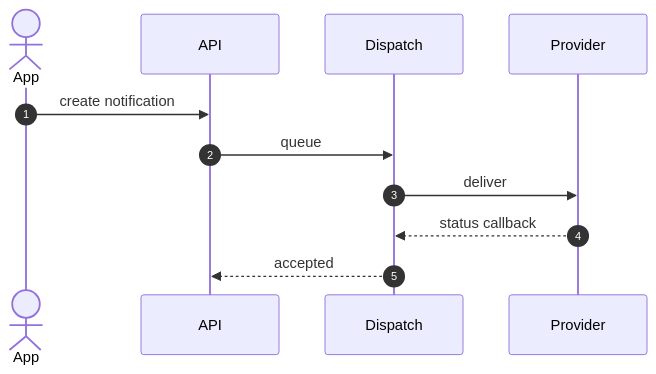
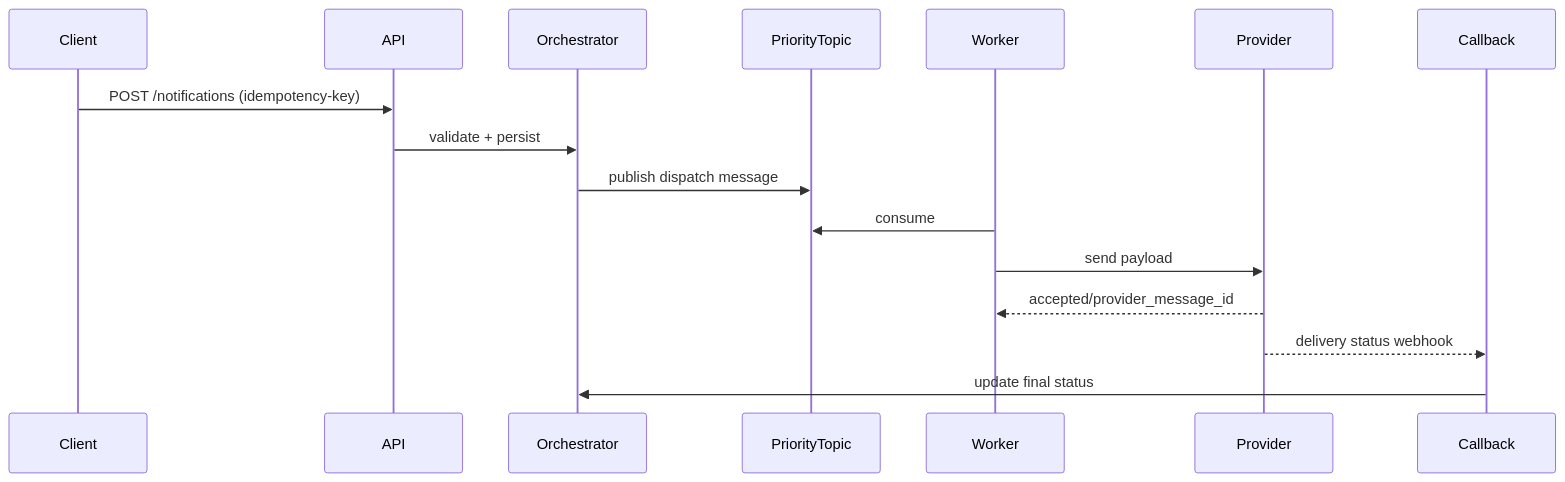
One commit to 0Ankit0/Project-Ideas changed the diagram in Messaging and Notification Platform/high-level-design/system-sequence-diagrams.md. Above: the diagram before and after it, drawn with Mermaid. The commit also changed other lines of this file and 37 other files, not shown here.

Commit message:
Make messaging docs implementation-ready with detailed diagrams and runbooks

````diff
--- a/Messaging and Notification Platform/high-level-design/system-sequence-diagrams.md
+++ b/Messaging and Notification Platform/high-level-design/system-sequence-diagrams.md
@@ -3,13 +10,18 @@
 ```mermaid
 sequenceDiagram
-  autonumber
-  actor App
+  participant Client
   participant API
-  participant Dispatch
+  participant Orchestrator
+  participant Topic as PriorityTopic
+  participant Worker
   participant Provider
-  App->>API: create notification
-  API->>Dispatch: queue
-  Dispatch->>Provider: deliver
-  Provider-->>Dispatch: status callback
-  Dispatch-->>API: accepted
+  participant Callback
+  Client->>API: POST /notifications (idempotency-key)
+  API->>Orchestrator: validate + persist
+  Orchestrator->>Topic: publish dispatch message
+  Worker->>Topic: consume
+  Worker->>Provider: send payload
+  Provider-->>Worker: accepted/provider_message_id
+  Provider-->>Callback: delivery status webhook
+  Callback->>Orchestrator: update final status
 ```
````
